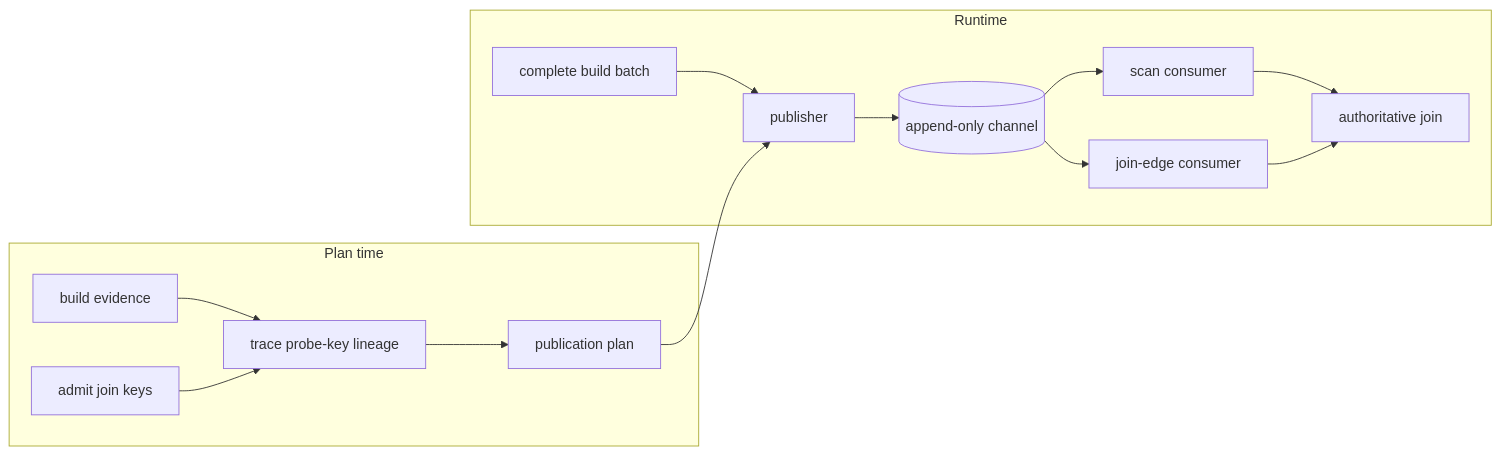
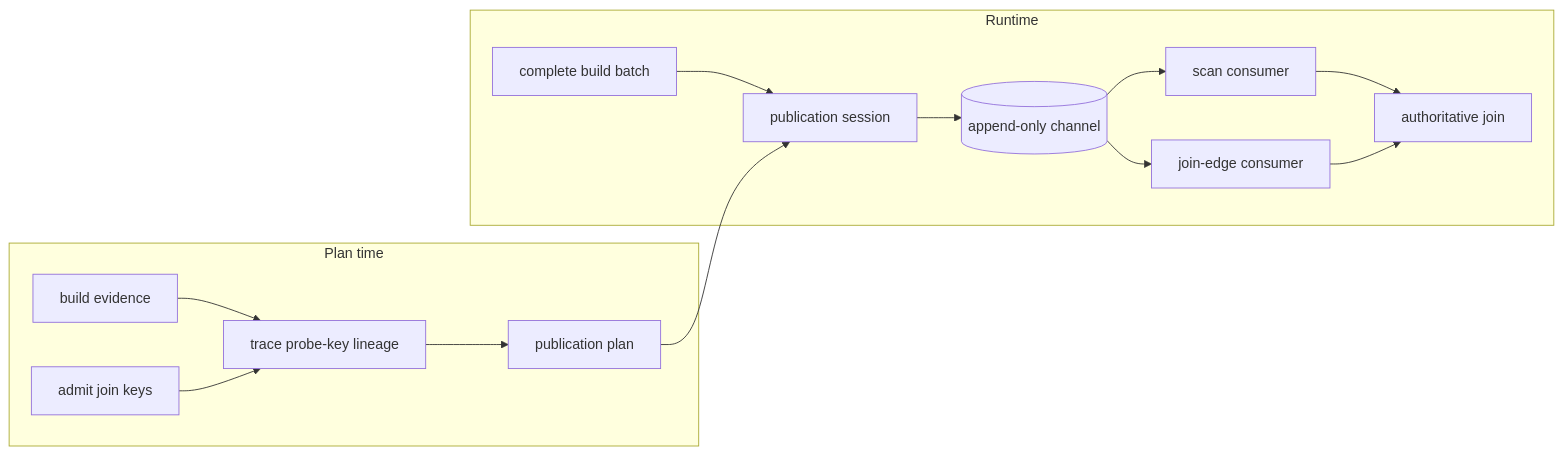
One commit to sirius-db/sirius changed the second of 2 diagrams in docs/super-sirius/dynamic-filters.md. Above: the diagram before and after it, drawn with Mermaid. The commit also changed other lines of this file and 27 other files, not shown here.

````diff
--- a/docs/super-sirius/dynamic-filters.md
+++ b/docs/super-sirius/dynamic-filters.md
@@ -36,18 +36,18 @@
 ```mermaid
 flowchart LR
     subgraph PLAN["Plan time"]
         E["build evidence"] --> D["trace probe-key lineage"]
         A["admit join keys"] --> D
         D --> P["publication plan"]
     end
 
     subgraph RUN["Runtime"]
-        B["complete build batch"] --> U["publisher"]
+        B["complete build batch"] --> U["publication session"]
         P --> U
         U --> C[("append-only channel")]
         C --> S["scan consumer"]
         C --> X["join-edge consumer"]
         S --> J["authoritative join"]
         X --> J
     end
 ```
````
